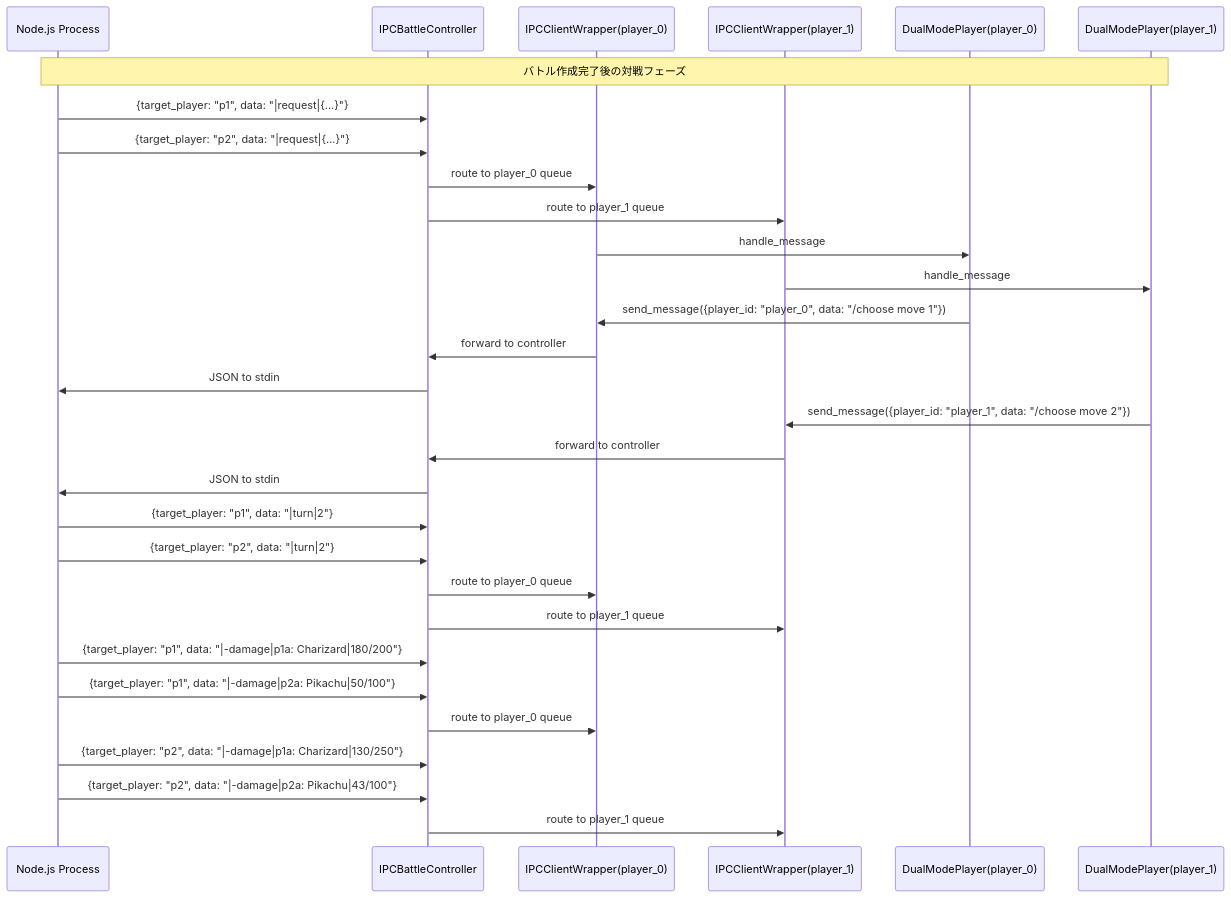
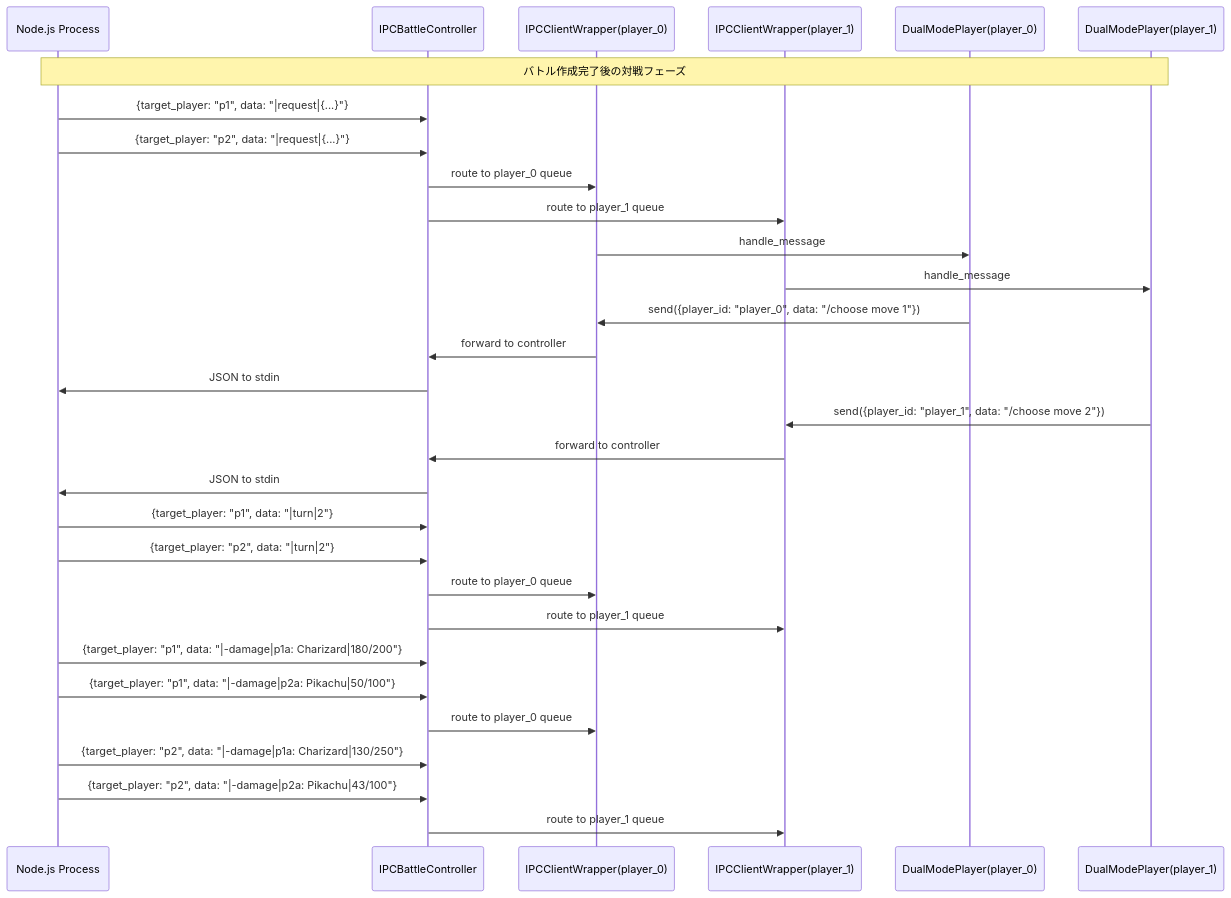
The first of 2 diagrams in docs/nodejs-ipc-development/ipc-battle-architecture.md (TKG1005/Maple), drawn with Mermaid before and after one commit. The commit also changed 11 other files, not shown here.

````diff
--- a/docs/nodejs-ipc-development/ipc-battle-architecture.md
+++ b/docs/nodejs-ipc-development/ipc-battle-architecture.md
@@ -147,50 +147,50 @@
 ```mermaid
 sequenceDiagram
     participant N as Node.js Process
     participant IBC as IPCBattleController
     participant I0 as IPCClientWrapper(player_0)
     participant I1 as IPCClientWrapper(player_1) 
     participant D0 as DualModePlayer(player_0)
     participant D1 as DualModePlayer(player_1)
 
     Note over N,D1: バトル作成完了後の対戦フェーズ
     
     %% ターン開始 - Node.jsからIPCBattleControllerにリクエスト送信
     N->>IBC: {target_player: "p1", data: "|request|{...}"}
     N->>IBC: {target_player: "p2", data: "|request|{...}"}
     
     %% IPCBattleControllerがメッセージをルーティング
     IBC->>I0: route to player_0 queue
     IBC->>I1: route to player_1 queue
     
     %% 各プレイヤーが自分専用キューからメッセージ受信
     I0->>D0: handle_message
     I1->>D1: handle_message
     
     %% player_0がムーブ選択
-    D0->>I0: send_message({player_id: "player_0", data: "/choose move 1"})
+    D0->>I0: send({player_id: "player_0", data: "/choose move 1"})
     I0->>IBC: forward to controller
     IBC->>N: JSON to stdin
     
     %% player_1がムーブ選択
-    D1->>I1: send_message({player_id: "player_1", data: "/choose move 2"})
+    D1->>I1: send({player_id: "player_1", data: "/choose move 2"})
     I1->>IBC: forward to controller
     IBC->>N: JSON to stdin
     
     %% ターン結果を両プレイヤーに送信
     N->>IBC: {target_player: "p1", data: "|turn|2"}
     N->>IBC: {target_player: "p2", data: "|turn|2"}
     IBC->>I0: route to player_0 queue
     IBC->>I1: route to player_1 queue
     
     %% HP表示の仕様: 自分のポケモンは実数値、相手のポケモンは割合表示
     %% player_0視点: player_0のポケモンは実数値、player_1のポケモンは割合
     N->>IBC: {target_player: "p1", data: "|-damage|p1a: Charizard|180/200"}
     N->>IBC: {target_player: "p1", data: "|-damage|p2a: Pikachu|50/100"}
     IBC->>I0: route to player_0 queue
     
     %% player_1視点: player_1のポケモンは実数値、player_0のポケモンは割合
     N->>IBC: {target_player: "p2", data: "|-damage|p1a: Charizard|130/250"}
     N->>IBC: {target_player: "p2", data: "|-damage|p2a: Pikachu|43/100"}
     IBC->>I1: route to player_1 queue
 ```
````
